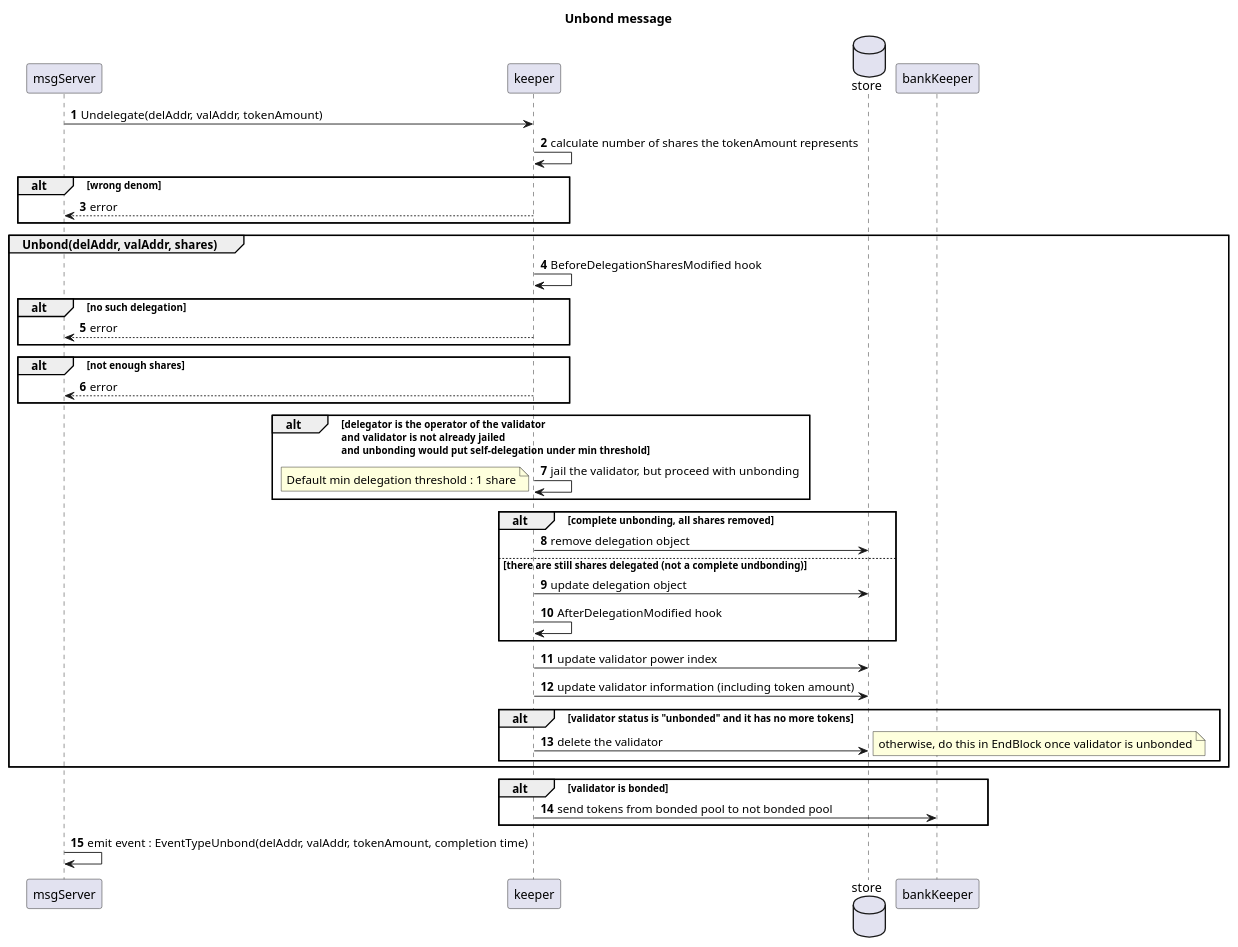
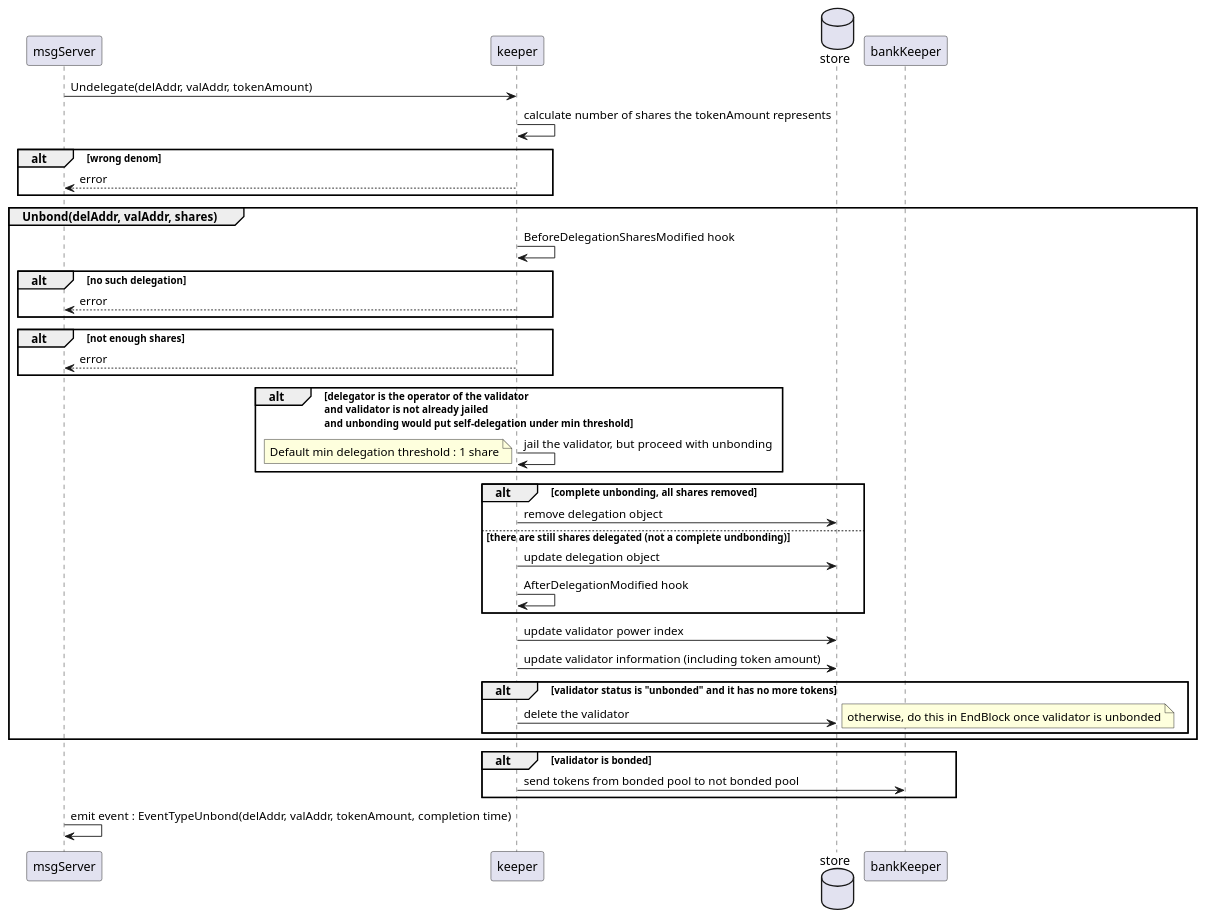
One commit to cosmos/cosmos-sdk changed the diagram in x/staking/spec/unbond_sequence.puml. Above: the diagram before and after it, drawn with PlantUML.

Commit message:
Remove numbering

```diff
--- a/x/staking/spec/unbond_sequence.puml
+++ b/x/staking/spec/unbond_sequence.puml
@@ -1,53 +1,49 @@
 @startuml
 'https://plantuml.com/sequence-diagram
-
-autonumber
-
-title: Unbond message
 
 msgServer -> keeper : Undelegate(delAddr, valAddr, tokenAmount)
 
 keeper -> keeper : calculate number of shares the tokenAmount represents
 
 alt wrong denom
     msgServer <-- keeper : error
 end
 
 group Unbond(delAddr, valAddr, shares)
     keeper -> keeper: BeforeDelegationSharesModified hook
     alt no such delegation
         keeper --> msgServer : error
     end
     alt not enough shares
         keeper --> msgServer : error
     end
     alt delegator is the operator of the validator\nand validator is not already jailed\nand unbonding would put self-delegation under min threshold
                 keeper -> keeper : jail the validator, but proceed with unbonding
                 note left : Default min delegation threshold : 1 share
     end
 
     database store
 
     alt complete unbonding, all shares removed
         keeper -> store : remove delegation object
     else there are still shares delegated (not a complete undbonding)
         keeper -> store : update delegation object
         keeper -> keeper : AfterDelegationModified hook
     end
 
     keeper -> store : update validator power index
     keeper -> store : update validator information (including token amount)
 
     alt validator status is "unbonded" and it has no more tokens
        keeper -> store : delete the validator
        note right : otherwise, do this in EndBlock once validator is unbonded
     end
 end
 
 alt validator is bonded
     keeper -> bankKeeper : send tokens from bonded pool to not bonded pool
 end
 
 msgServer -> msgServer : emit event : EventTypeUnbond(delAddr, valAddr, tokenAmount, completion time)
 
 @enduml
```
